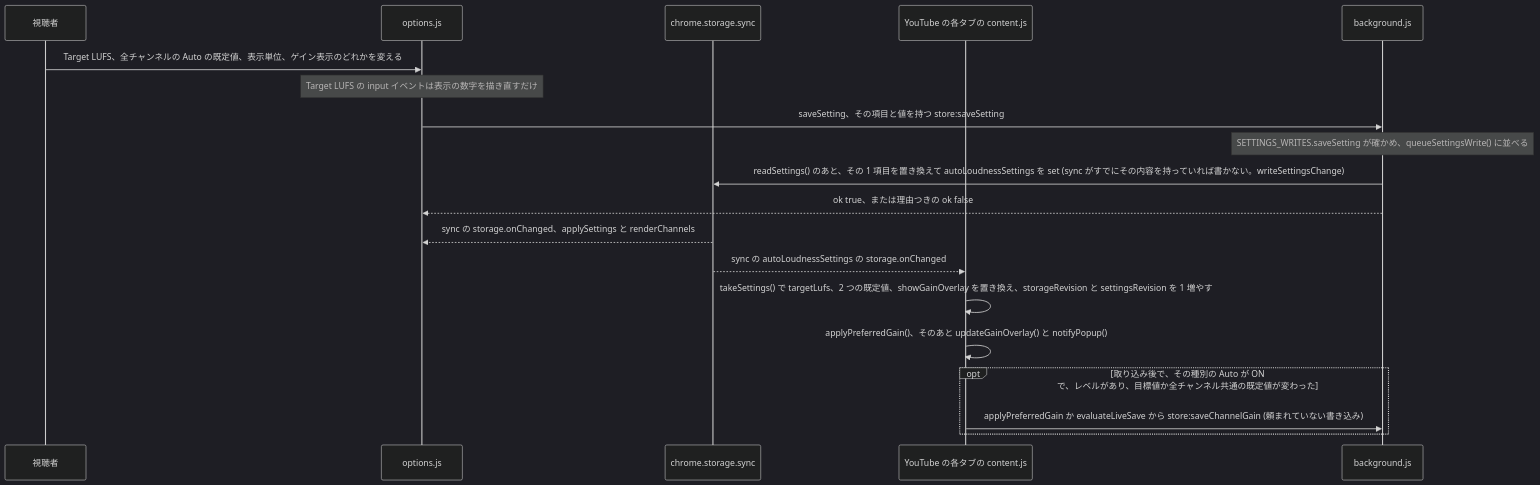
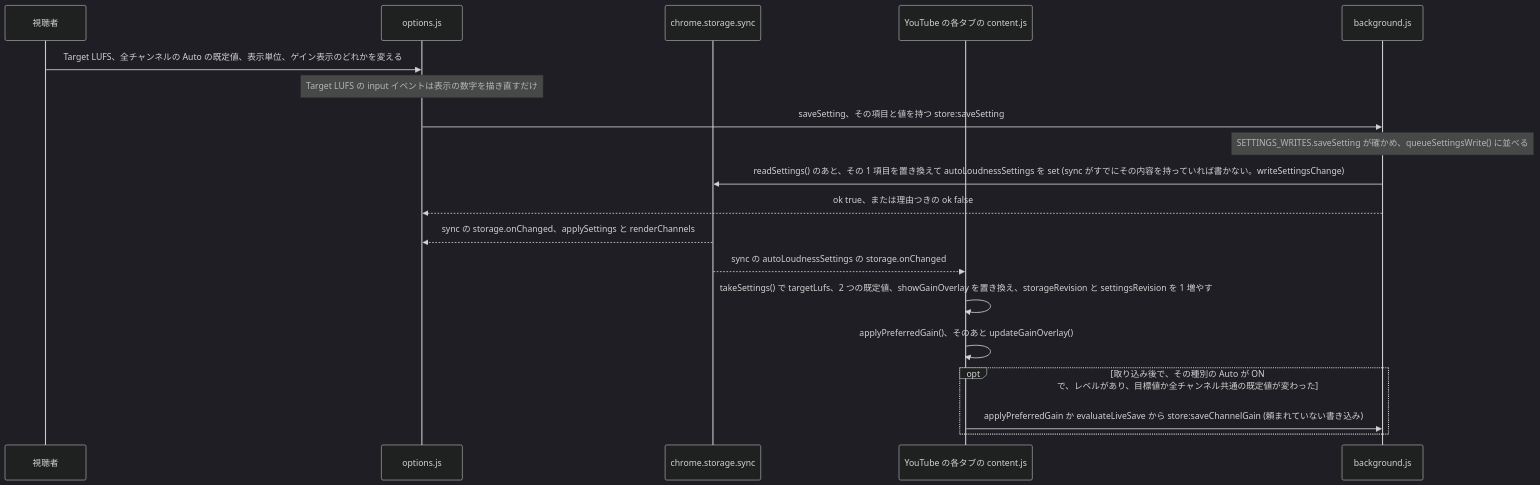
Before and after one commit to semnil/yt-channel-volume: diagram 13 of 14 in docs/gain-change-and-save.ja.md, drawn with Mermaid (dark theme). The commit also changed other lines of this file and 9 other files, not shown here.

````diff
--- a/docs/gain-change-and-save.ja.md
+++ b/docs/gain-change-and-save.ja.md
@@ -651,21 +650,21 @@
 ```mermaid
 sequenceDiagram
   participant V as 視聴者
   participant O as options.js
   participant S as chrome.storage.sync
   participant C as YouTube の各タブの content.js
   participant W as background.js
   V->>O: Target LUFS、全チャンネルの Auto の既定値、表示単位、ゲイン表示のどれかを変える
   Note over O: Target LUFS の input イベントは表示の数字を描き直すだけ
   O->>W: saveSetting、その項目と値を持つ store:saveSetting
   Note over W: SETTINGS_WRITES.saveSetting が確かめ、queueSettingsWrite() に並べる
   W->>S: readSettings() のあと、その 1 項目を置き換えて autoLoudnessSettings を set (sync がすでにその内容を持っていれば書かない。writeSettingsChange)
   W-->>O: ok true、または理由つきの ok false
   S-->>O: sync の storage.onChanged、applySettings と renderChannels
   S-->>C: sync の autoLoudnessSettings の storage.onChanged
   C->>C: takeSettings() で targetLufs、2 つの既定値、showGainOverlay を置き換え、storageRevision と settingsRevision を 1 増やす
-  C->>C: applyPreferredGain()、そのあと updateGainOverlay() と notifyPopup()
+  C->>C: applyPreferredGain()、そのあと updateGainOverlay()
   opt 取り込み後で、その種別の Auto が ON で、レベルがあり、目標値か全チャンネル共通の既定値が変わった
     C->>W: applyPreferredGain か evaluateLiveSave から store:saveChannelGain (頼まれていない書き込み)
   end
 ```
````
